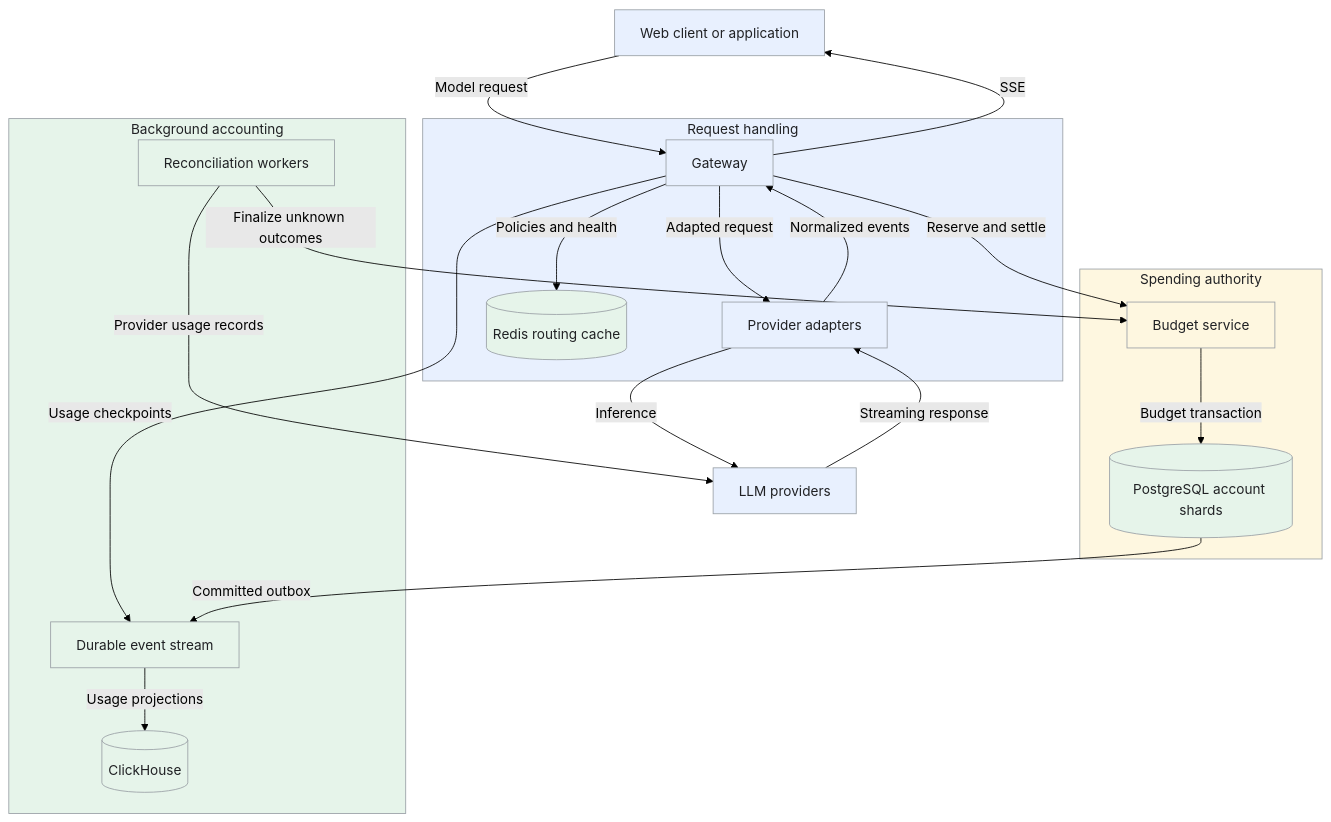
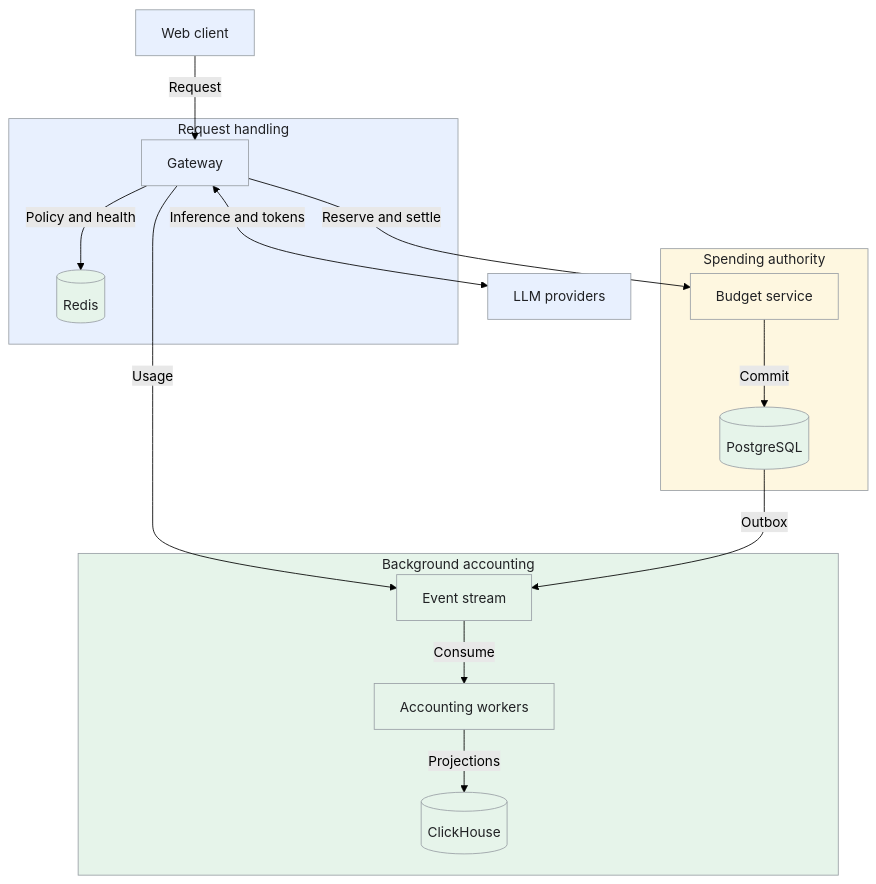
The first of 4 diagrams in _designs/system-design-openrouter.md (iliazlobin/iliazlobin.github.io), drawn with Mermaid (forest theme) before and after one commit. The commit also changed other lines of this file, not shown here.

Commit message:
Simplify OpenRouter conceptual diagram for readable labels

````diff
--- a/_designs/system-design-openrouter.md
+++ b/_designs/system-design-openrouter.md
@@ -136,42 +136,36 @@
 ```mermaid
 flowchart TB
-  C[Web client or application]
+  C[Web client]
   U[LLM providers]
   subgraph Request["Request handling"]
     G[Gateway]
-    A[Provider adapters]
-    R[(Redis routing cache)]
+    R[(Redis)]
   end
   subgraph Spending["Spending authority"]
     B[Budget service]
-    P[(PostgreSQL account shards)]
+    P[(PostgreSQL)]
   end
   subgraph Accounting["Background accounting"]
-    E[Durable event stream]
+    E[Event stream]
     H[(ClickHouse)]
-    X[Reconciliation workers]
+    X[Accounting workers]
   end
-  C -->|Model request| G
-  G -->|Policies and health| R
+  C -->|Request| G
+  G -->|Policy and health| R
   G -->|Reserve and settle| B
-  B -->|Budget transaction| P
-  G -->|Adapted request| A
-  A -->|Inference| U
-  U -->|Streaming response| A
-  A -->|Normalized events| G
-  G -->|SSE| C
-  G -->|Usage checkpoints| E
-  P -->|Committed outbox| E
-  E -->|Usage projections| H
-  X -->|Provider usage records| U
-  X -->|Finalize unknown outcomes| B
+  B -->|Commit| P
+  G <-->|Inference and tokens| U
+  G -->|Usage| E
+  P -->|Outbox| E
+  E -->|Consume| X
+  X -->|Projections| H
   classDef request fill:#e8f0fe,stroke:#9aa0a6,color:#202124,stroke-width:1px
   classDef background fill:#e6f4ea,stroke:#9aa0a6,color:#202124,stroke-width:1px
   classDef control fill:#fef7e0,stroke:#9aa0a6,color:#202124,stroke-width:1px
-  class C,G,A,U request
+  class C,G,U request
   class R,P,E,H,X background
   class B control
   style Request fill:#e8f0fe,stroke:#9aa0a6,color:#202124,stroke-width:1px
   style Spending fill:#fef7e0,stroke:#9aa0a6,color:#202124,stroke-width:1px
   style Accounting fill:#e6f4ea,stroke:#9aa0a6,color:#202124,stroke-width:1px
 ```
````
